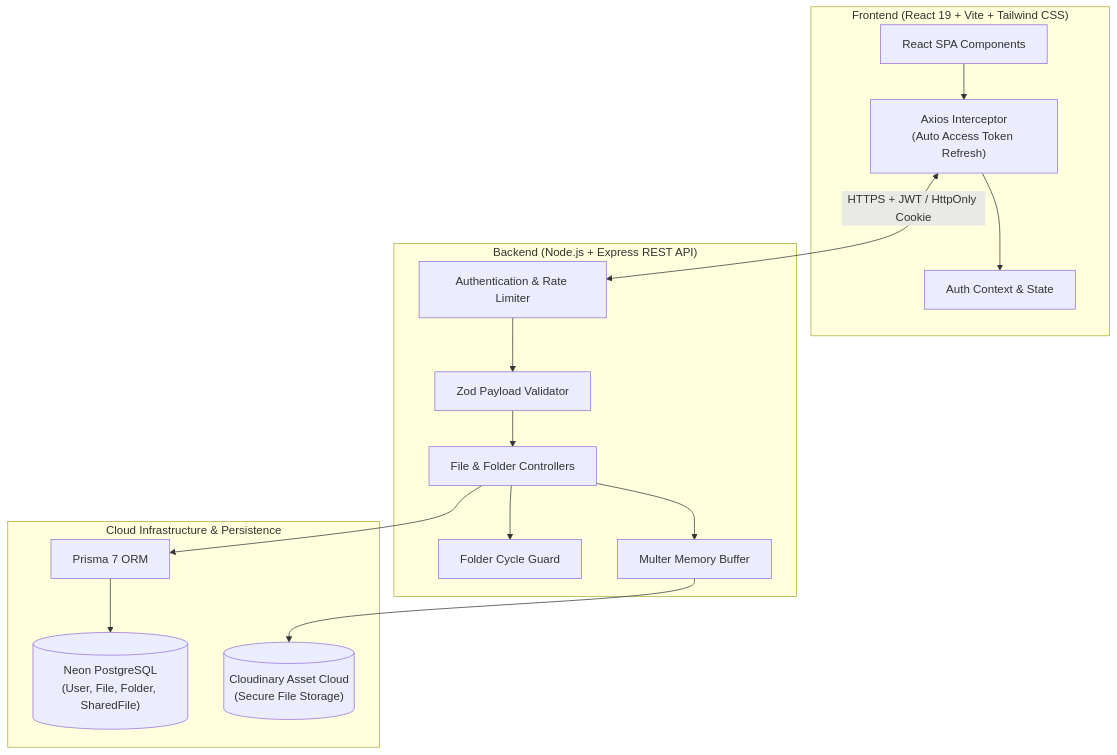
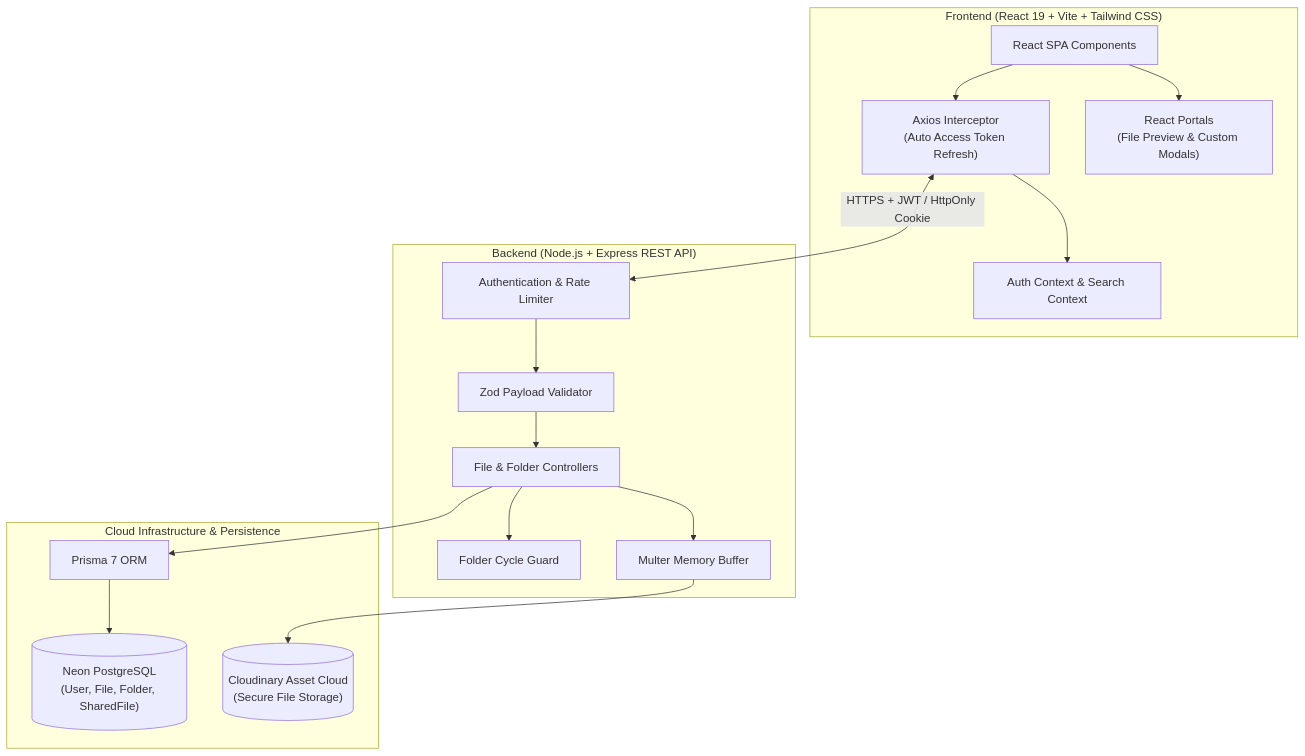
The diagram in README.md (SahilSameer18/vaultDrive), drawn with Mermaid before and after one commit. The commit also changed other lines of this file, not shown here.

Commit message:
docs: update README with new sidebar directory navigation, search, portals, and expanded environment configuration instructions

````diff
--- a/README.md
+++ b/README.md
@@ -22,35 +22,37 @@
 ```mermaid
 flowchart TD
     subgraph Client ["Frontend (React 19 + Vite + Tailwind CSS)"]
         UI["React SPA Components"]
         AXIOS["Axios Interceptor\n(Auto Access Token Refresh)"]
-        STORE["Auth Context & State"]
+        STORE["Auth Context & Search Context"]
+        PORTAL["React Portals\n(File Preview & Custom Modals)"]
         UI --> AXIOS
         AXIOS --> STORE
+        UI --> PORTAL
     end
 
     subgraph Server ["Backend (Node.js + Express REST API)"]
         AUTH_MW["Authentication & Rate Limiter"]
         VALIDATOR["Zod Payload Validator"]
         CONTROLLER["File & Folder Controllers"]
         CYCLE_GUARD["Folder Cycle Guard"]
         MULTER["Multer Memory Buffer"]
 
         AUTH_MW --> VALIDATOR
         VALIDATOR --> CONTROLLER
         CONTROLLER --> CYCLE_GUARD
         CONTROLLER --> MULTER
     end
 
     subgraph Infrastructure ["Cloud Infrastructure & Persistence"]
         PRISMA["Prisma 7 ORM"]
         NEON[("Neon PostgreSQL\n(User, File, Folder, SharedFile)")]
         CLOUDINARY[("Cloudinary Asset Cloud\n(Secure File Storage)")]
 
         PRISMA --> NEON
         MULTER --> CLOUDINARY
         CONTROLLER --> PRISMA
     end
 
     AXIOS <-->|HTTPS + JWT / HttpOnly Cookie| AUTH_MW
 ```
````
